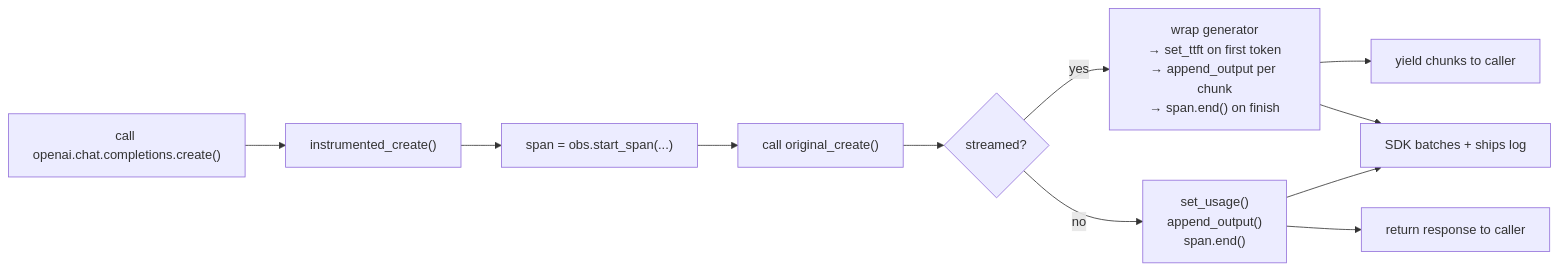
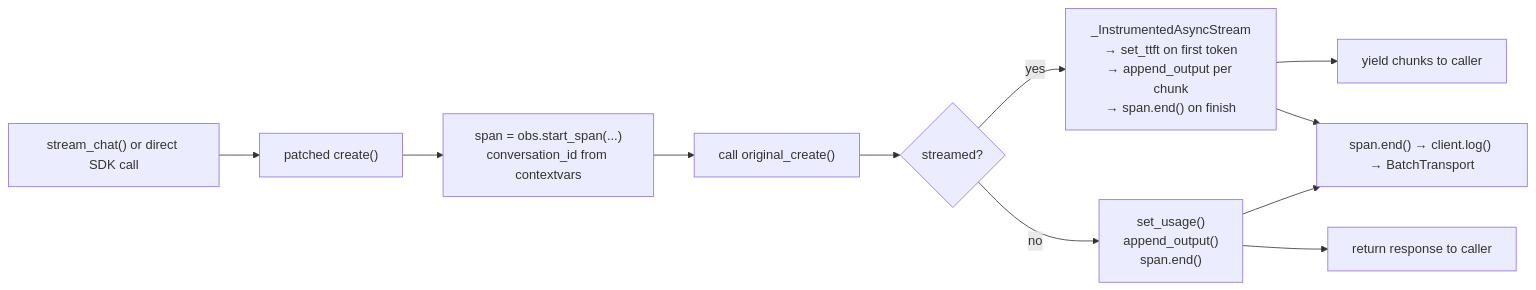
The fifth of 10 diagrams in ARCHITECTURE.md (repanareddysekhar/chatbot-llm-observability), drawn with Mermaid before and after one commit. The commit also changed other lines of this file and 1 other file, not shown here.

````diff
--- a/ARCHITECTURE.md
+++ b/ARCHITECTURE.md
@@ -371,13 +386,13 @@
 ```mermaid
 flowchart LR
-    A["call openai.chat.completions.create()"] --> B["instrumented_create()"]
-    B --> C["span = obs.start_span(...)"]
+    A["stream_chat() or direct SDK call"] --> B["patched create()"]
+    B --> C["span = obs.start_span(...)\nconversation_id from contextvars"]
     C --> D["call original_create()"]
     D --> E{streamed?}
-    E -->|yes| F["wrap generator\n→ set_ttft on first token\n→ append_output per chunk\n→ span.end() on finish"]
+    E -->|yes| F["_InstrumentedAsyncStream\n→ set_ttft on first token\n→ append_output per chunk\n→ span.end() on finish"]
     E -->|no| G["set_usage()\nappend_output()\nspan.end()"]
     F --> H["yield chunks to caller"]
     G --> I["return response to caller"]
-    F --> J["SDK batches + ships log"]
+    F --> J["span.end() → client.log() → BatchTransport"]
     G --> J
 ```
````
